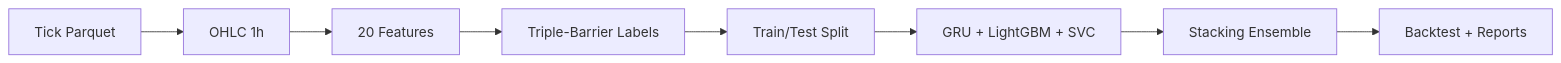
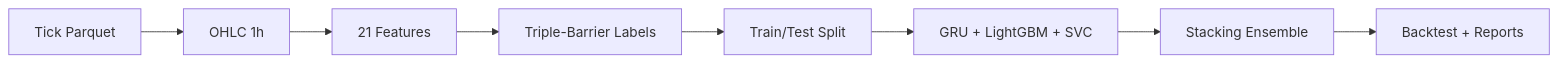
The diagram in README.md (ultimateBroK/thesis-compact), drawn with Mermaid before and after one commit. The commit also changed other lines of this file and 7 other files, not shown here.

````diff
--- a/README.md
+++ b/README.md
@@ -7,10 +7,10 @@
 ```mermaid
 flowchart LR
     A[Tick Parquet] --> B[OHLC 1h]
-    B --> C[20 Features]
+    B --> C[21 Features]
     C --> D[Triple-Barrier Labels]
     D --> E[Train/Test Split]
     E --> F[GRU + LightGBM + SVC]
     F --> G[Stacking Ensemble]
     G --> H[Backtest + Reports]
 ```
````
